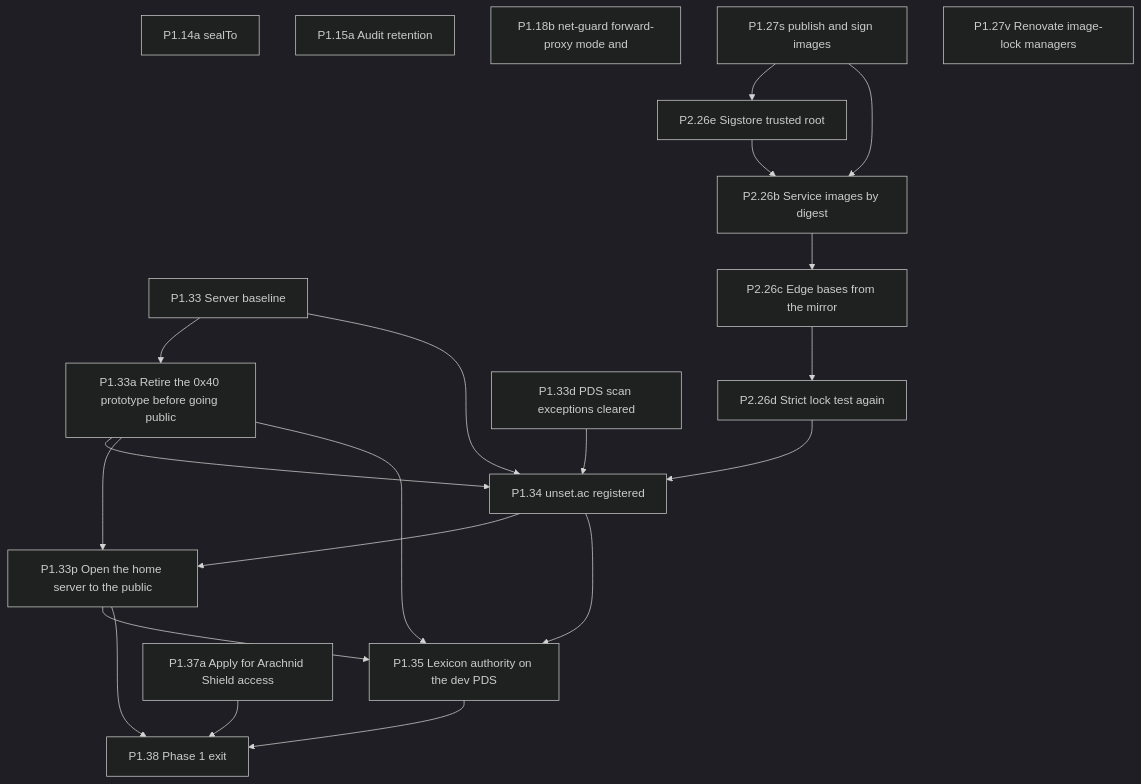
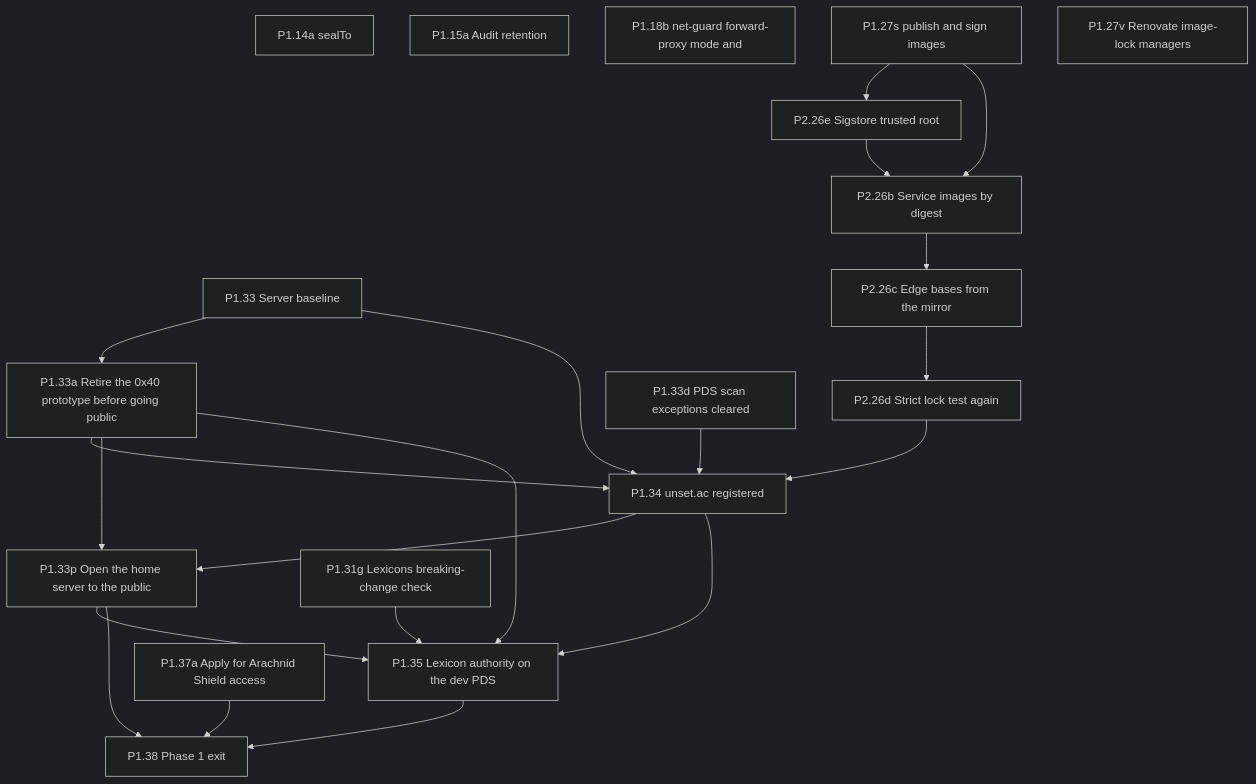
One commit to Undefined6799/unset changed the fourth of 11 diagrams in docs/ai/book/01-outline.md. Above: the diagram before and after it, drawn with Mermaid (dark theme). The commit also changed other lines of this file and 2 other files, not shown here.

````diff
--- a/docs/ai/book/01-outline.md
+++ b/docs/ai/book/01-outline.md
@@ -1282,38 +1291,40 @@
 ```mermaid
 flowchart TD
   P1_14a["P1.14a sealTo"]
   P1_15a["P1.15a Audit retention"]
   P1_18b["P1.18b net-guard forward-proxy mode and"]
   P1_33["P1.33 Server baseline"]
   P1_33a["P1.33a Retire the 0x40 prototype before going public"]
   P1_33p["P1.33p Open the home server to the public"]
   P2_26e["P2.26e Sigstore trusted root"]
   P2_26b["P2.26b Service images by digest"]
   P2_26c["P2.26c Edge bases from the mirror"]
   P2_26d["P2.26d Strict lock test again"]
   P1_33d["P1.33d PDS scan exceptions cleared"]
   P1_34["P1.34 unset.ac registered"]
   P1_35["P1.35 Lexicon authority on the dev PDS"]
+  P1_31g["P1.31g Lexicons breaking-change check"]
   P1_27s["P1.27s publish and sign images"]
   P1_27v["P1.27v Renovate image-lock managers"]
   P1_37a["P1.37a Apply for Arachnid Shield access"]
   P1_38["P1.38 Phase 1 exit"]
   P1_33 --> P1_33a
   P1_33 --> P1_34
   P1_33a --> P1_34
   P1_33d --> P1_34
   P1_27s --> P2_26e
   P2_26e --> P2_26b
   P1_27s --> P2_26b
   P2_26b --> P2_26c
   P2_26c --> P2_26d
   P2_26d --> P1_34
   P1_34 --> P1_33p
   P1_33a --> P1_33p
   P1_33p --> P1_35
   P1_33a --> P1_35
   P1_33p --> P1_38
+  P1_31g --> P1_35
   P1_34 --> P1_35
   P1_35 --> P1_38
   P1_37a --> P1_38
 ```
````
